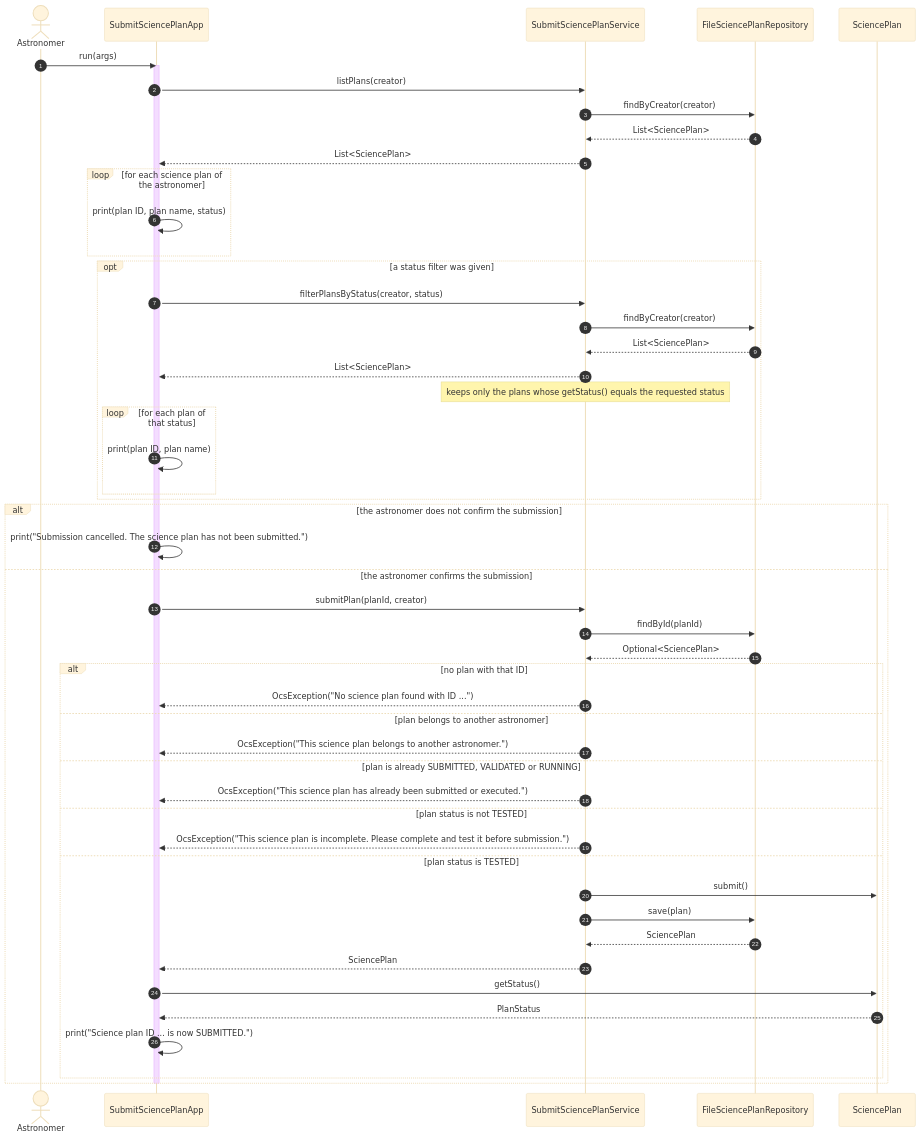
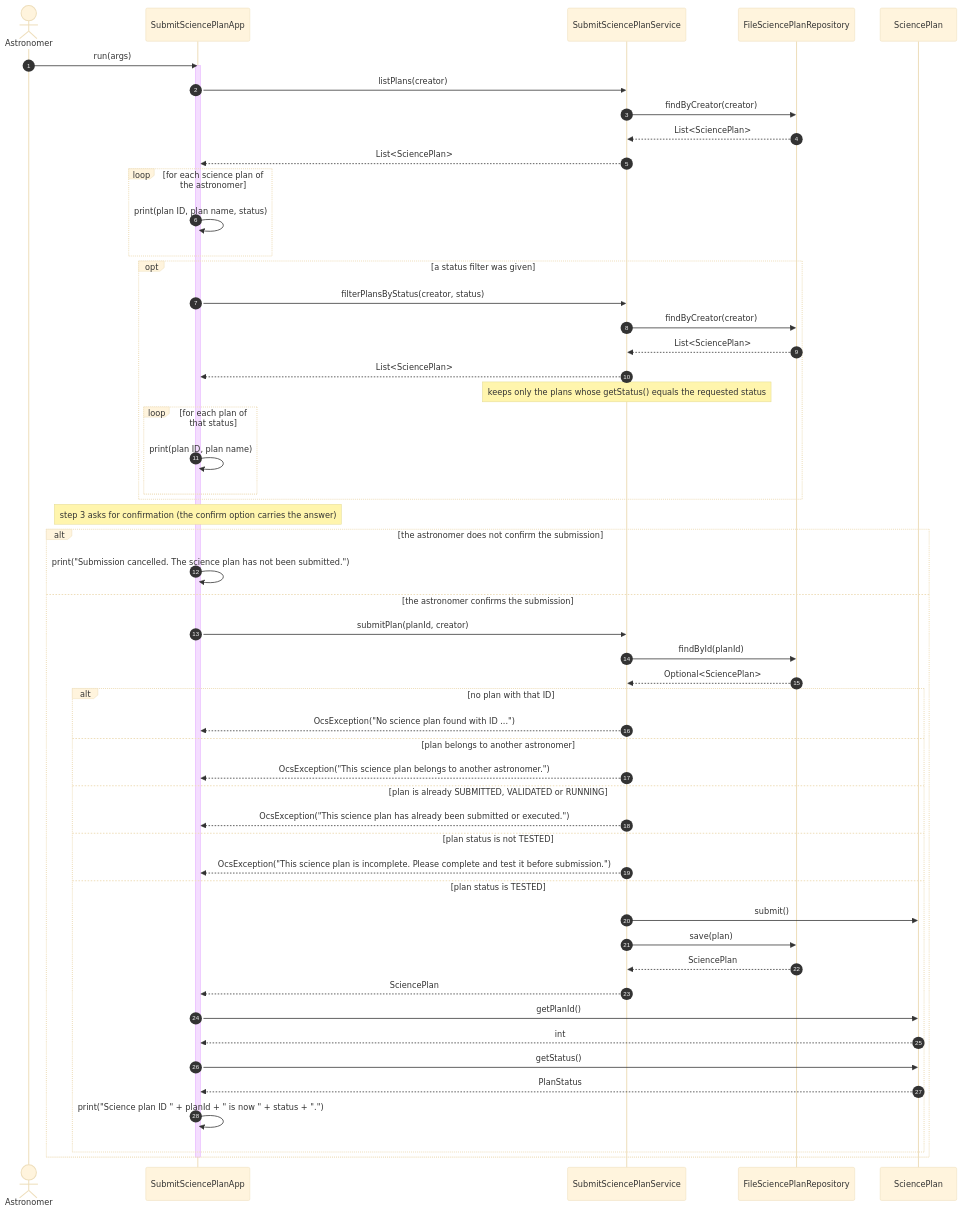
The fourth of 6 diagrams in AZERTY_D4_Design.md (Sor117/nhoomalee-yaak-du-dao), drawn with Mermaid (base theme) before and after one commit. The commit also changed other lines of this file and 27 other files, not shown here.

````diff
--- a/AZERTY_D4_Design.md
+++ b/AZERTY_D4_Design.md
@@ -794,54 +765,57 @@
 ```mermaid
 sequenceDiagram
     autonumber
     actor AST as Astronomer
     participant APP as SubmitSciencePlanApp
     participant SVC as SubmitSciencePlanService
     participant REP as FileSciencePlanRepository
     participant PLAN as SciencePlan
 
     AST->>APP: run(args)
     activate APP
     APP->>SVC: listPlans(creator)
     SVC->>REP: findByCreator(creator)
     REP-->>SVC: List<SciencePlan>
     SVC-->>APP: List<SciencePlan>
     loop for each science plan of the astronomer
         APP->>APP: print(plan ID, plan name, status)
     end
     opt a status filter was given
         APP->>SVC: filterPlansByStatus(creator, status)
         SVC->>REP: findByCreator(creator)
         REP-->>SVC: List<SciencePlan>
         SVC-->>APP: List<SciencePlan>
         note over SVC: keeps only the plans whose getStatus() equals the requested status
         loop for each plan of that status
             APP->>APP: print(plan ID, plan name)
         end
     end
+    note over APP: step 3 asks for confirmation (the confirm option carries the answer)
     alt the astronomer does not confirm the submission
         APP->>APP: print("Submission cancelled. The science plan has not been submitted.")
     else the astronomer confirms the submission
         APP->>SVC: submitPlan(planId, creator)
         SVC->>REP: findById(planId)
         REP-->>SVC: Optional<SciencePlan>
         alt no plan with that ID
             SVC-->>APP: OcsException("No science plan found with ID ...")
         else plan belongs to another astronomer
             SVC-->>APP: OcsException("This science plan belongs to another astronomer.")
         else plan is already SUBMITTED, VALIDATED or RUNNING
             SVC-->>APP: OcsException("This science plan has already been submitted or executed.")
         else plan status is not TESTED
             SVC-->>APP: OcsException("This science plan is incomplete. Please complete and test it before submission.")
         else plan status is TESTED
             SVC->>PLAN: submit()
             SVC->>REP: save(plan)
             REP-->>SVC: SciencePlan
             SVC-->>APP: SciencePlan
+            APP->>PLAN: getPlanId()
+            PLAN-->>APP: int
             APP->>PLAN: getStatus()
             PLAN-->>APP: PlanStatus
-            APP->>APP: print("Science plan ID ... is now SUBMITTED.")
+            APP->>APP: print("Science plan ID " + planId + " is now " + status + ".")
         end
     end
     deactivate APP
 ```
````
